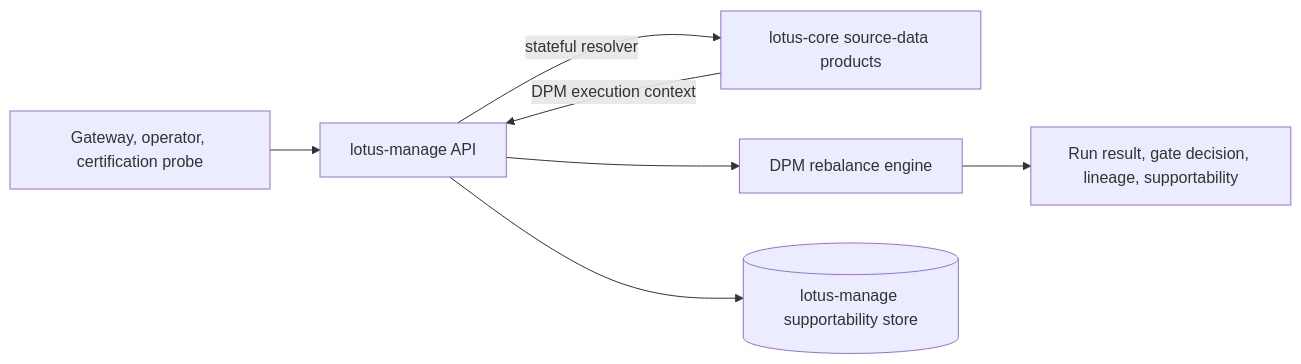
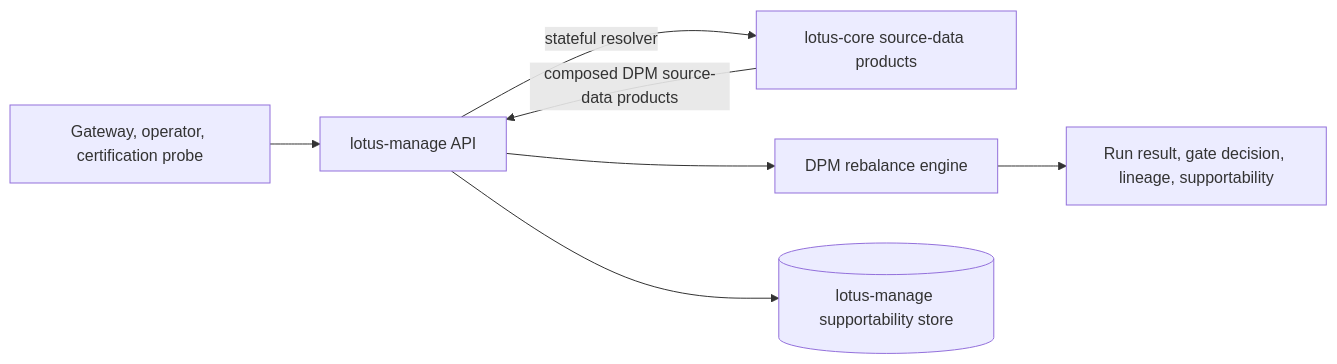
Before and after one commit to sgajbi/lotus-manage: the diagram in docs/rfcs/RFC-0036-dpm-stateful-core-sourcing-and-endpoint-consolidation.md, drawn with Mermaid. The commit also changed other lines of this file and 9 other files, not shown here.

````diff
--- a/docs/rfcs/RFC-0036-dpm-stateful-core-sourcing-and-endpoint-consolidation.md
+++ b/docs/rfcs/RFC-0036-dpm-stateful-core-sourcing-and-endpoint-consolidation.md
@@ -204,9 +228,9 @@
 ```mermaid
 flowchart LR
     Caller[Gateway, operator, certification probe] --> Manage[lotus-manage API]
     Manage -->|stateful resolver| Core[lotus-core source-data products]
-    Core -->|DPM execution context| Manage
+    Core -->|composed DPM source-data products| Manage
     Manage --> Engine[DPM rebalance engine]
     Engine --> Result[Run result, gate decision, lineage, supportability]
     Manage --> Store[(lotus-manage supportability store)]
 ```
````
